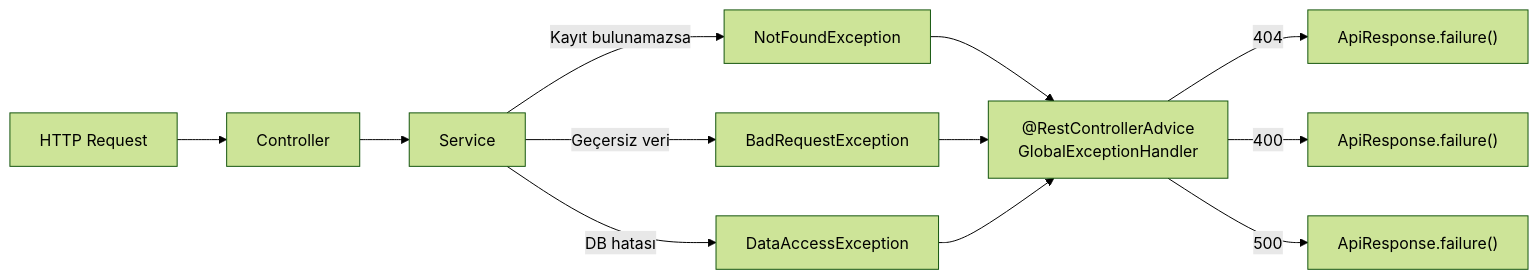
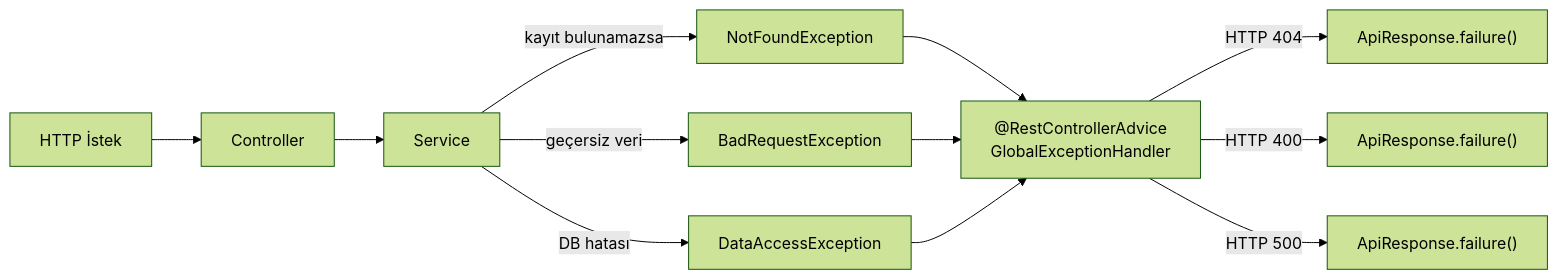
One commit to farukomerg/PetCare-Tracer changed the third of 6 diagrams in docs/technical-report.md. Above: the diagram before and after it, drawn with Mermaid (forest theme). The commit also changed other lines of this file and 112 other files, not shown here.

````diff
--- a/docs/technical-report.md
+++ b/docs/technical-report.md
@@ -157,14 +217,14 @@
 ```mermaid
 flowchart LR
-    REQ["HTTP Request"] --> CTL["Controller"]
+    REQ["HTTP İstek"] --> CTL["Controller"]
     CTL --> SVC["Service"]
-    SVC -->|"Kayıt bulunamazsa"| NFE["NotFoundException"]
-    SVC -->|"Geçersiz veri"| BRE["BadRequestException"]
+    SVC -->|"kayıt bulunamazsa"| NFE["NotFoundException"]
+    SVC -->|"geçersiz veri"| BRE["BadRequestException"]
     SVC -->|"DB hatası"| DAE["DataAccessException"]
     NFE --> GEH["@RestControllerAdvice\nGlobalExceptionHandler"]
     BRE --> GEH
     DAE --> GEH
-    GEH -->|"404"| R1["ApiResponse.failure()"]
-    GEH -->|"400"| R2["ApiResponse.failure()"]
-    GEH -->|"500"| R3["ApiResponse.failure()"]
+    GEH -->|"HTTP 404"| R1["ApiResponse.failure()"]
+    GEH -->|"HTTP 400"| R2["ApiResponse.failure()"]
+    GEH -->|"HTTP 500"| R3["ApiResponse.failure()"]
 ```
````
